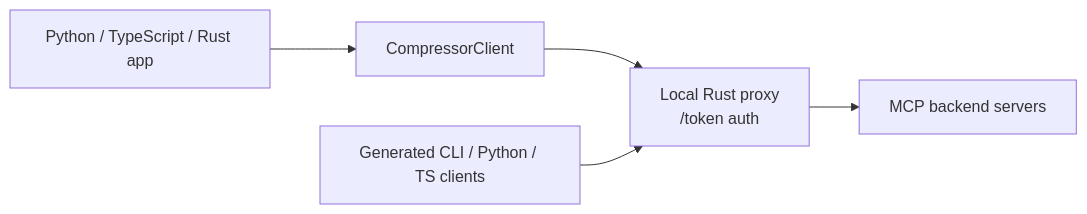
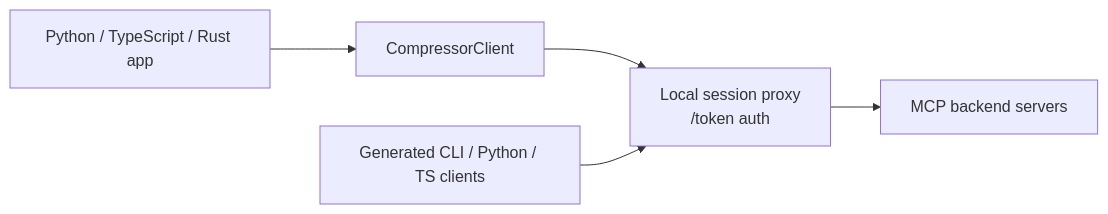
One commit to atlassian-labs/mcp-compressor changed the second of 2 diagrams in README.md. Above: the diagram before and after it, drawn with Mermaid. The commit also changed other lines of this file and 6 other files, not shown here.

````diff
--- a/README.md
+++ b/README.md
@@ -60,13 +60,13 @@
 ```mermaid
 flowchart LR
     App[Python / TypeScript / Rust app]
     SDK[CompressorClient]
-    Proxy[Local Rust proxy\n/token auth]
+    Proxy[Local session proxy\n/token auth]
     Generated[Generated CLI / Python / TS clients]
     Backend[MCP backend servers]
 
     App --> SDK
     SDK --> Proxy
     Generated --> Proxy
     Proxy --> Backend
 ```
````
